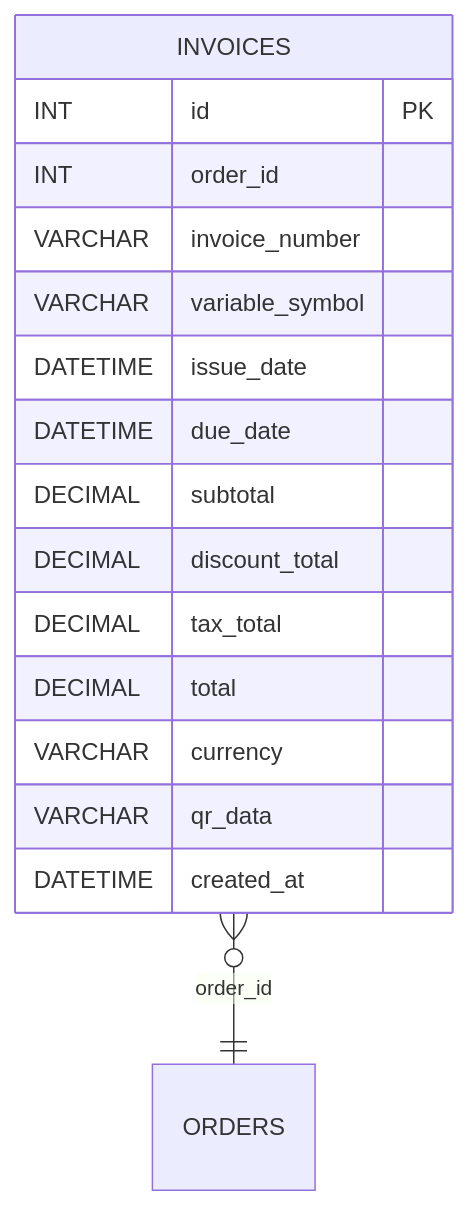
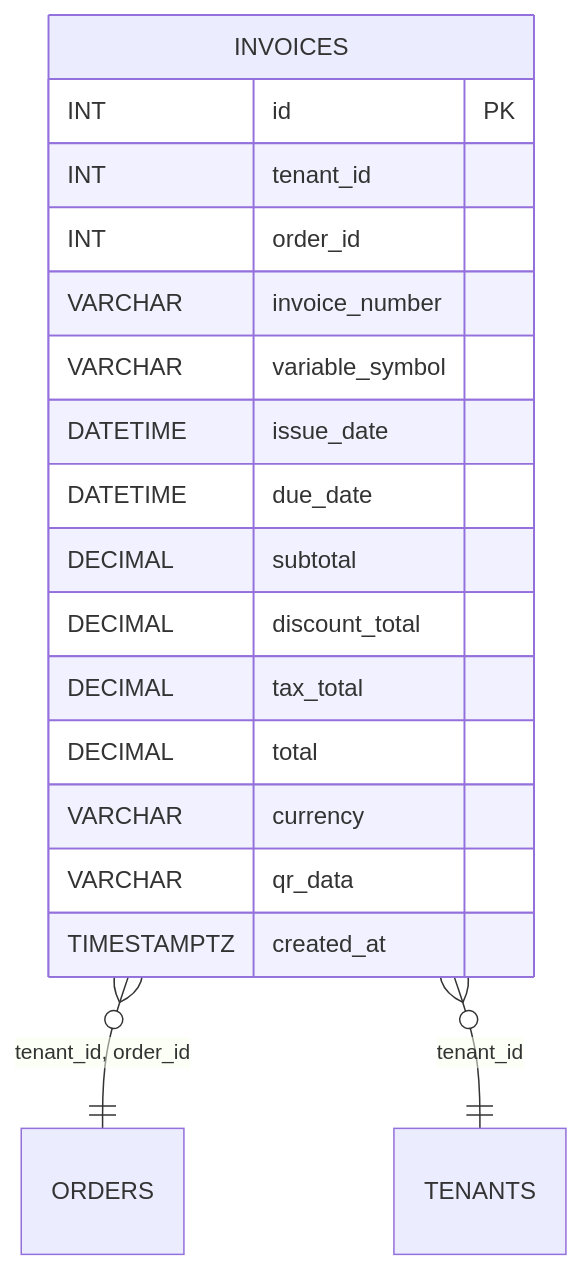
Before and after one commit to blackcatdatabase/table-invoices: the diagram in README.md, drawn with Mermaid. The commit also changed other lines of this file and 26 other files, not shown here.

First line of the commit message:
Regen schema (#1)

````diff
--- a/README.md
+++ b/README.md
@@ -59,19 +64,21 @@
 ```mermaid
 erDiagram
   INVOICES {
     INT id PK
+    INT tenant_id
     INT order_id
     VARCHAR invoice_number
     VARCHAR variable_symbol
     DATETIME issue_date
     DATETIME due_date
     DECIMAL subtotal
     DECIMAL discount_total
     DECIMAL tax_total
     DECIMAL total
     VARCHAR currency
     VARCHAR qr_data
-    DATETIME created_at
+    TIMESTAMPTZ created_at
   }
-  INVOICES }o--|| ORDERS : "order_id"
+  INVOICES }o--|| ORDERS : "tenant_id, order_id"
+  INVOICES }o--|| TENANTS : "tenant_id"
 ```
````
